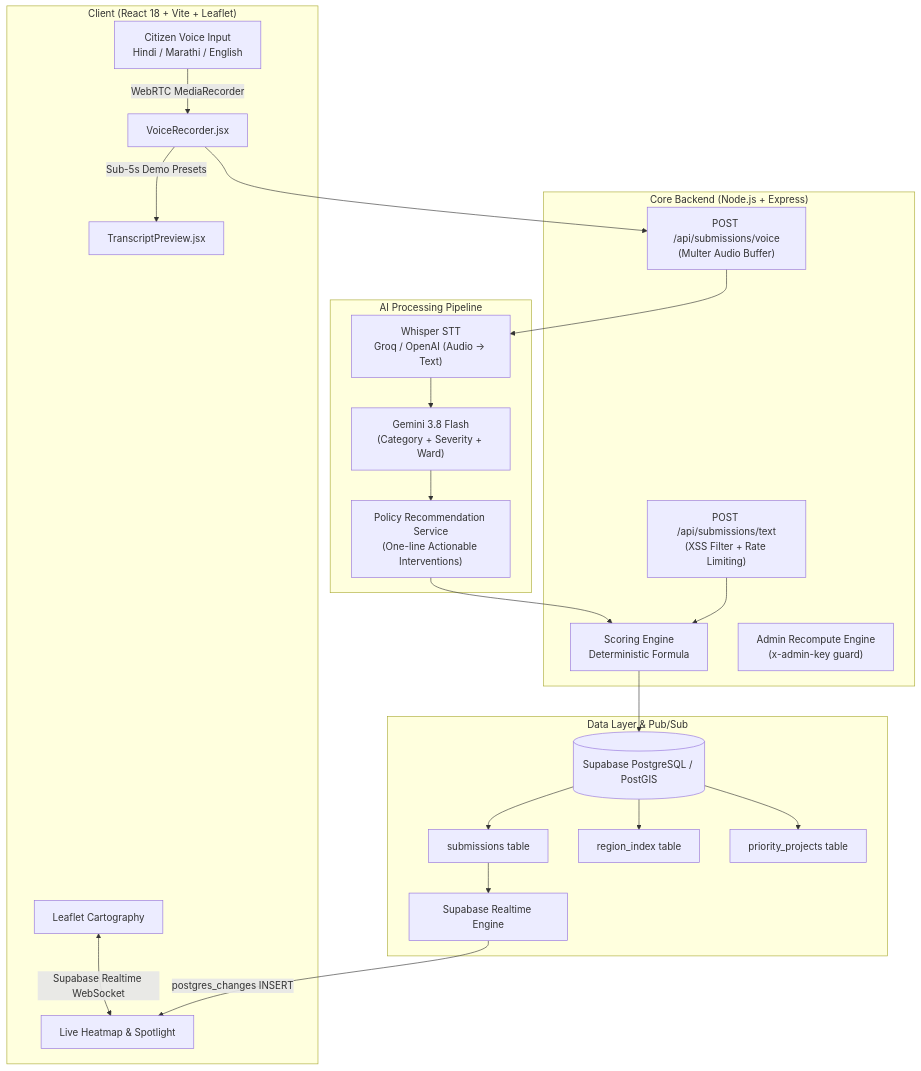
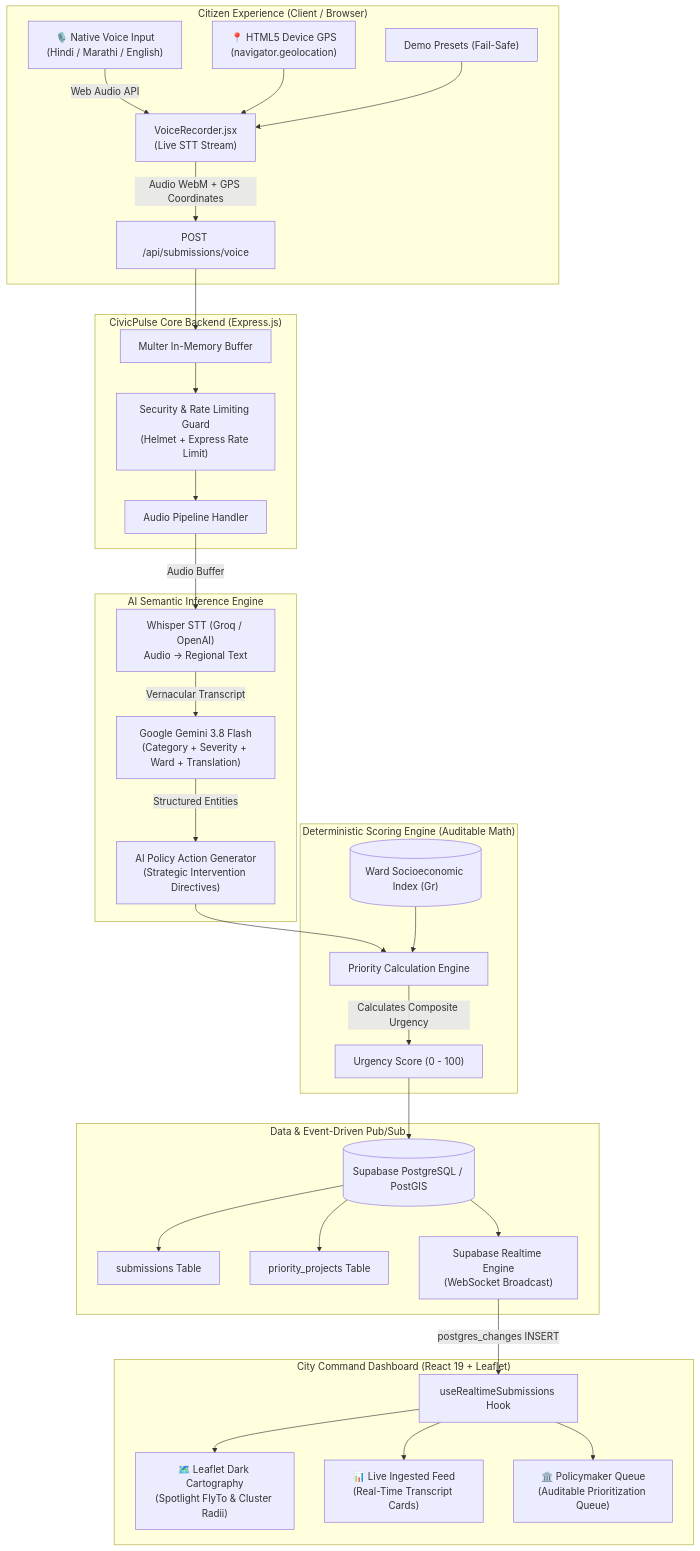
Before and after one commit to sagarkharbikar25/CivicPulse: the diagram in README.md, drawn with Mermaid. The commit also changed other lines of this file and 32 other files, not shown here.

````diff
--- a/README.md
+++ b/README.md
@@ -25,40 +99,41 @@
 ```mermaid
 flowchart TD
-    subgraph Client ["Client (React 18 + Vite + Leaflet)"]
-        A[Citizen Voice Input<br/>Hindi / Marathi / English] -->|WebRTC MediaRecorder| B[VoiceRecorder.jsx]
-        B -->|Sub-5s Demo Presets| C[TranscriptPreview.jsx]
-        D[Leaflet Cartography] <-->|Supabase Realtime WebSocket| E[Live Heatmap & Spotlight]
+    subgraph CitizenExperience ["Citizen Experience (Client / Browser)"]
+        A["🎙️ Native Voice Input<br/>(Hindi / Marathi / English)"] -->|Web Audio API| B["VoiceRecorder.jsx<br/>(Live STT Stream)"]
+        C["📍 HTML5 Device GPS<br/>(navigator.geolocation)"] --> B
+        B -->|Audio WebM + GPS Coordinates| D["POST /api/submissions/voice"]
+        E["Demo Presets (Fail-Safe)"] --> B
     end
 
-    subgraph Server ["Core Backend (Node.js + Express)"]
-        F["POST /api/submissions/voice<br/>(Multer Audio Buffer)"]
-        G["POST /api/submissions/text<br/>(XSS Filter + Rate Limiting)"]
-        H["Scoring Engine<br/>Deterministic Formula"]
-        I["Admin Recompute Engine<br/>(x-admin-key guard)"]
+    subgraph ServerCore ["CivicPulse Core Backend (Express.js)"]
+        D --> F["Multer In-Memory Buffer"]
+        F --> G["Security & Rate Limiting Guard<br/>(Helmet + Express Rate Limit)"]
+        G --> H["Audio Pipeline Handler"]
     end
 
-    subgraph AI ["AI Processing Pipeline"]
-        J["Whisper STT<br/>Groq / OpenAI (Audio → Text)"]
-        K["Gemini 3.8 Flash<br/>(Category + Severity + Ward)"]
-        L["Policy Recommendation Service<br/>(One-line Actionable Interventions)"]
+    subgraph AIPipeline ["AI Semantic Inference Engine"]
+        H -->|Audio Buffer| I["Whisper STT (Groq / OpenAI)<br/>Audio → Regional Text"]
+        I -->|Vernacular Transcript| J["Google Gemini 3.8 Flash<br/>(Category + Severity + Ward + Translation)"]
+        J -->|Structured Entities| K["AI Policy Action Generator<br/>(Strategic Intervention Directives)"]
     end
 
-    subgraph Data ["Data Layer & Pub/Sub"]
-        M[(Supabase PostgreSQL / PostGIS)]
-        N[submissions table]
-        O[region_index table]
-        P[priority_projects table]
-        Q[Supabase Realtime Engine]
+    subgraph ScoringEngine ["Deterministic Scoring Engine (Auditable Math)"]
+        K --> L["Priority Calculation Engine"]
+        M[("Ward Socioeconomic Index (Gr)")] --> L
+        L -->|Calculates Composite Urgency| N["Urgency Score (0 - 100)"]
     end
 
-    B --> F
-    F --> J
-    J --> K
-    K --> L
-    L --> H
-    G --> H
-    H --> M
-    M --> N & O & P
-    N --> Q
-    Q -->|postgres_changes INSERT| E
+    subgraph DataStorage ["Data & Event-Driven Pub/Sub"]
+        N --> O[("Supabase PostgreSQL / PostGIS")]
+        O --> P["submissions Table"]
+        O --> Q["priority_projects Table"]
+        O --> R["Supabase Realtime Engine<br/>(WebSocket Broadcast)"]
+    end
+
+    subgraph CommandDashboard ["City Command Dashboard (React 19 + Leaflet)"]
+        R -->|postgres_changes INSERT| S["useRealtimeSubmissions Hook"]
+        S --> T["🗺️ Leaflet Dark Cartography<br/>(Spotlight FlyTo & Cluster Radii)"]
+        S --> U["📊 Live Ingested Feed<br/>(Real-Time Transcript Cards)"]
+        S --> V["🏛️ Policymaker Queue<br/>(Auditable Prioritization Queue)"]
+    end
 ```
````
